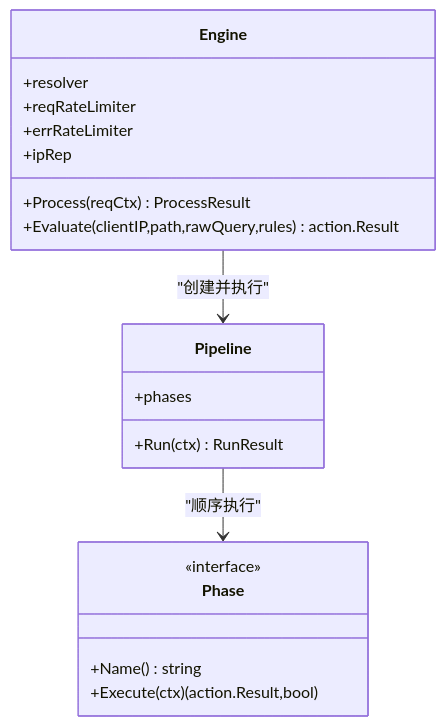
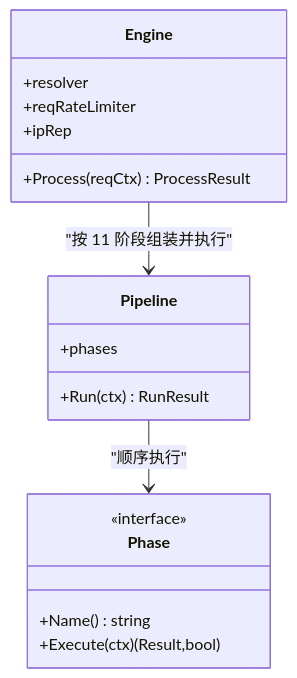
The fourth of 6 diagrams in docs/项目概述/项目概述.md (x01n/My-OpenWaf), drawn with Mermaid before and after one commit. The commit also changed other lines of this file and 622 other files, not shown here.

````diff
--- a/docs/项目概述/项目概述.md
+++ b/docs/项目概述/项目概述.md
@@ -345,22 +284,20 @@
 ```mermaid
 classDiagram
 class Engine {
 +resolver
 +reqRateLimiter
-+errRateLimiter
 +ipRep
 +Process(reqCtx) ProcessResult
-+Evaluate(clientIP,path,rawQuery,rules) action.Result
 }
 class Pipeline {
 +phases
 +Run(ctx) RunResult
 }
 class Phase {
 <<interface>>
 +Name() string
-+Execute(ctx) (action.Result,bool)
++Execute(ctx) (Result,bool)
 }
-Engine --> Pipeline : "创建并执行"
+Engine --> Pipeline : "按 11 阶段组装并执行"
 Pipeline --> Phase : "顺序执行"
 ```
````
